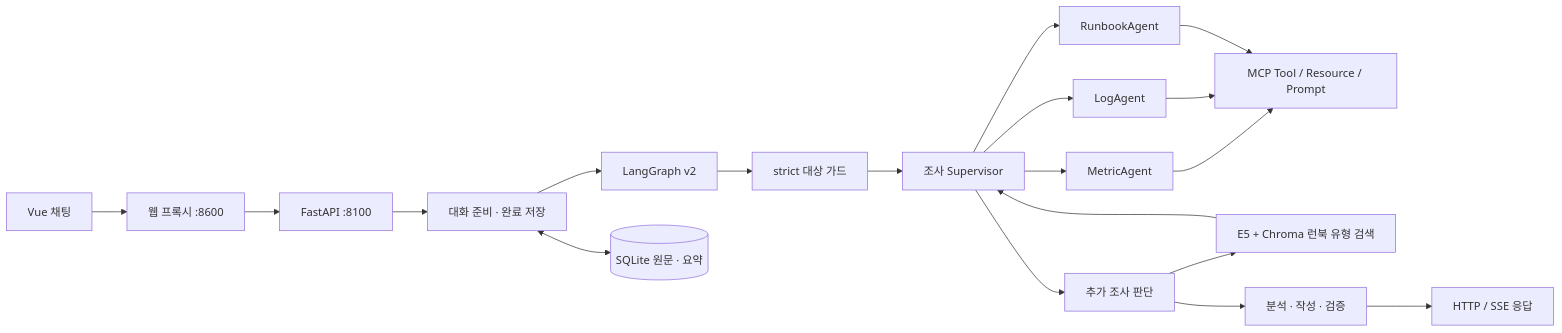
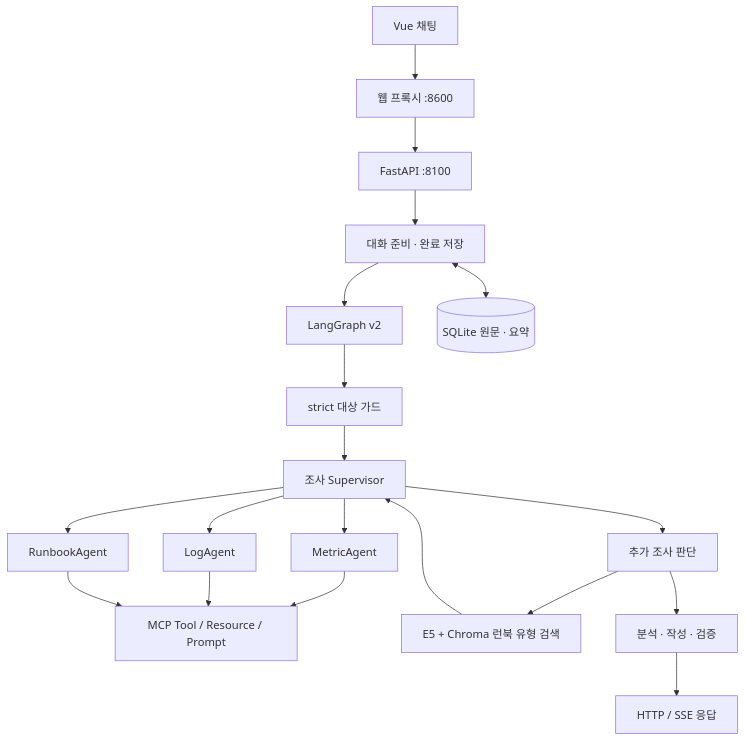
The diagram in README.md (shsgrnd/skala_mini_3_G087_shs), drawn with Mermaid before and after one commit. The commit also changed other lines of this file and 3 other files, not shown here.

````diff
--- a/README.md
+++ b/README.md
@@ -37,21 +55,21 @@
 ```mermaid
-flowchart LR
+flowchart TD
     UI[Vue 채팅] --> Proxy[웹 프록시 :8600]
     Proxy --> API[FastAPI :8100]
     API --> Memory[대화 준비 · 완료 저장]
     Memory --> Main[LangGraph v2]
     Main --> Guard[strict 대상 가드]
     Guard --> Research[조사 Supervisor]
     Research --> Metric[MetricAgent]
     Research --> Log[LogAgent]
     Research --> Runbook[RunbookAgent]
     Metric --> MCP[MCP Tool / Resource / Prompt]
     Log --> MCP
     Runbook --> MCP
     Research --> Replan[추가 조사 판단]
     Replan --> RAG[E5 + Chroma 런북 유형 검색]
     RAG --> Research
     Replan --> Write[분석 · 작성 · 검증]
     Write --> Answer[HTTP / SSE 응답]
     Memory <--> DB[(SQLite 원문 · 요약)]
 ```
````
